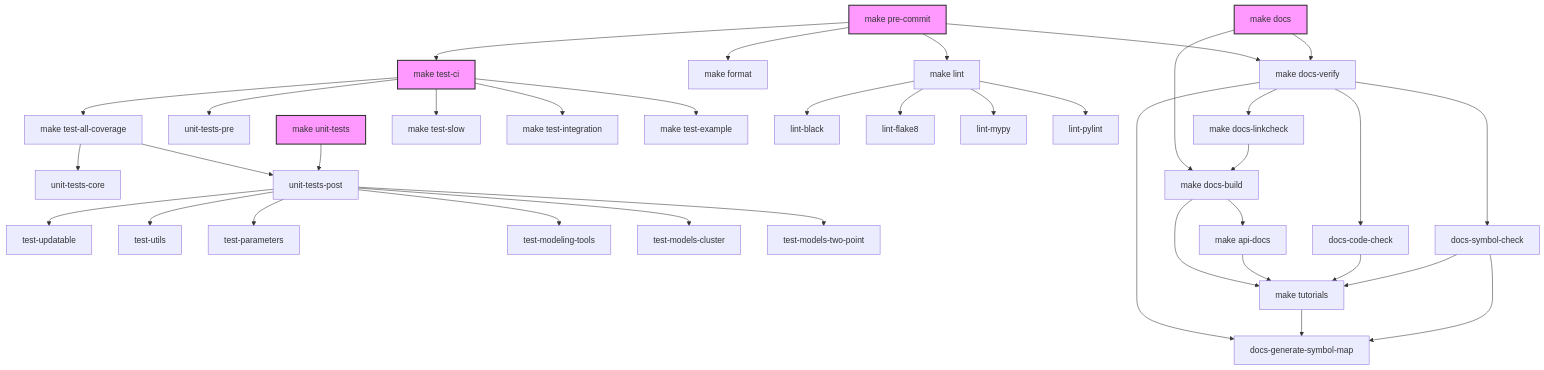
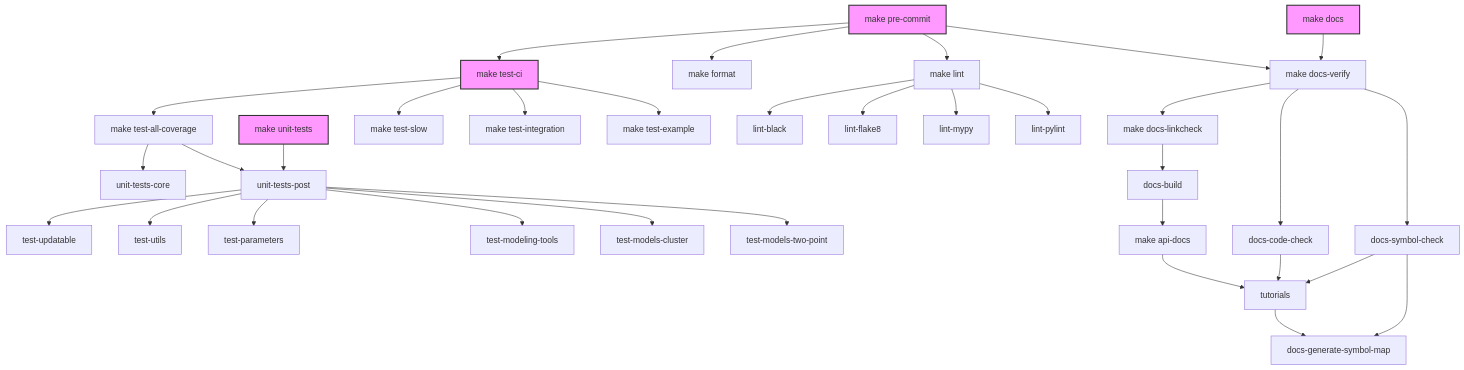
Before and after one commit to LSSTDESC/firecrown: the first of 2 diagrams in CONTRIBUTING_ADVANCED.md, drawn with Mermaid. The commit also changed other lines of this file and 3 other files, not shown here.

````diff
--- a/CONTRIBUTING_ADVANCED.md
+++ b/CONTRIBUTING_ADVANCED.md
@@ -13,62 +13,58 @@
 ```mermaid
 graph TD
     classDef main fill:#f9f,stroke:#333,stroke-width:2px;
     
     pre-commit["make pre-commit"]:::main
     test-ci["make test-ci"]:::main
     docs["make docs"]:::main
     unit-tests["make unit-tests"]:::main
     
     %% Pre-commit dependencies
     pre-commit --> format["make format"]
     pre-commit --> lint["make lint"]
     pre-commit --> docs-verify["make docs-verify"]
     pre-commit --> test-ci
     
     %% Test-CI dependencies
-    test-ci --> unit-tests-pre["unit-tests-pre"]
     test-ci --> test-all-coverage["make test-all-coverage"]
     test-ci --> test-slow["make test-slow"]
     test-ci --> test-integration["make test-integration"]
     test-ci --> test-example["make test-example"]
     
     %% Test coverage dependencies
     test-all-coverage --> unit-tests-core["unit-tests-core"]
     test-all-coverage --> unit-tests-post["unit-tests-post"]
     
     %% Unit tests dependencies
     unit-tests --> unit-tests-post
     
     %% Unit tests post dependencies
     unit-tests-post --> test-updatable["test-updatable"]
     unit-tests-post --> test-utils["test-utils"]
     unit-tests-post --> test-parameters["test-parameters"]
     unit-tests-post --> test-modeling-tools["test-modeling-tools"]
     unit-tests-post --> test-models-cluster["test-models-cluster"]
     unit-tests-post --> test-models-two-point["test-models-two-point"]
     
     %% Lint dependencies
     lint --> lint-black["lint-black"]
     lint --> lint-flake8["lint-flake8"]
     lint --> lint-mypy["lint-mypy"]
     lint --> lint-pylint["lint-pylint"]
     
     %% Documentation dependencies
-    docs --> docs-build["make docs-build"]
     docs --> docs-verify
     
-    docs-build --> tutorials["make tutorials"]
     docs-build --> api-docs["make api-docs"]
     
-    docs-verify --> docs-generate-symbol-map["docs-generate-symbol-map"]
     docs-verify --> docs-code-check["docs-code-check"]
     docs-verify --> docs-symbol-check["docs-symbol-check"]
     docs-verify --> docs-linkcheck["make docs-linkcheck"]
     
     tutorials --> docs-generate-symbol-map
     api-docs --> tutorials
     docs-code-check --> tutorials
     docs-symbol-check --> tutorials
     docs-symbol-check --> docs-generate-symbol-map
     docs-linkcheck --> docs-build
 ```
````
